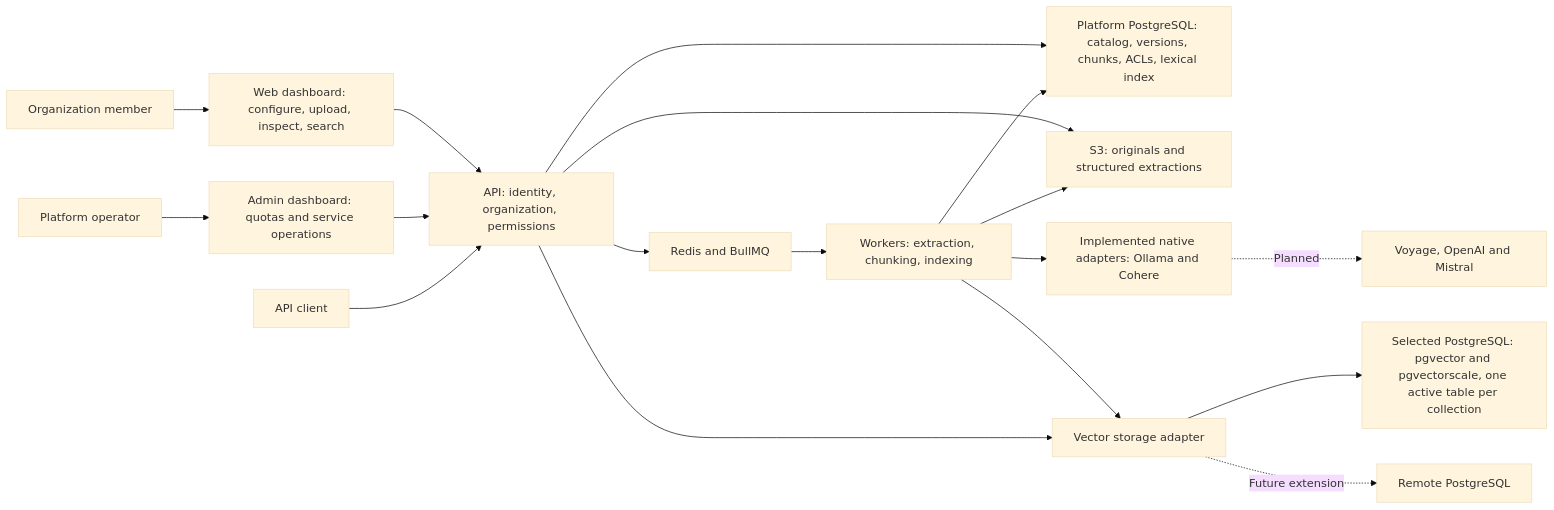
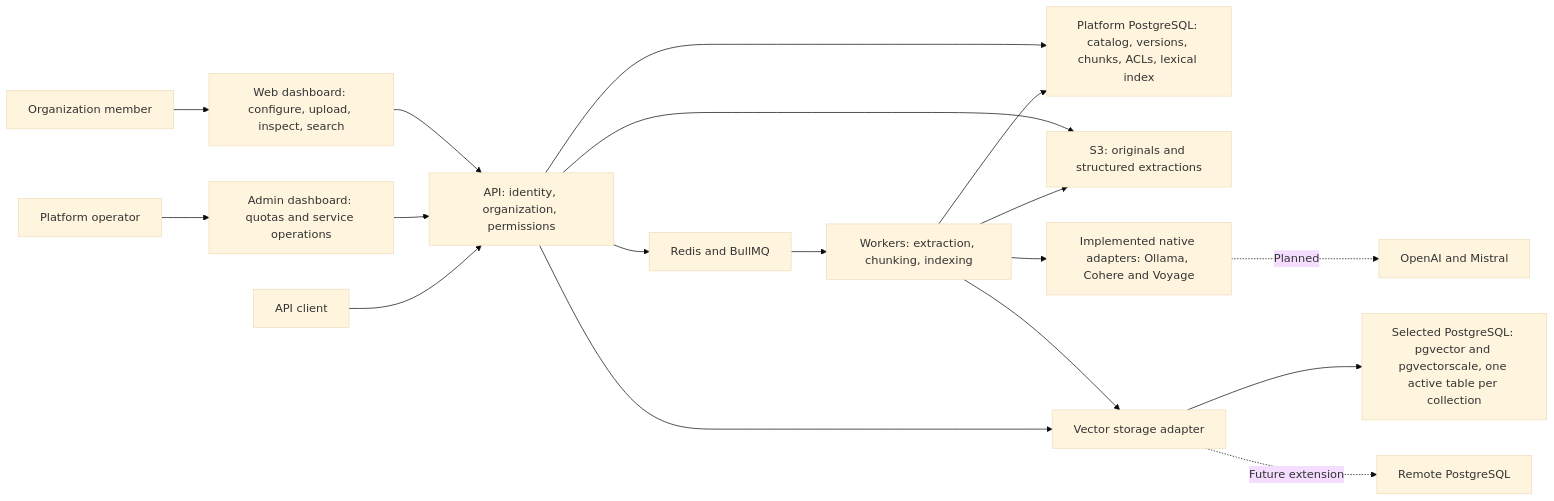
One commit to SimonLoir/vectorix changed the first of 5 diagrams in docs/rag-implementation-plan.md. Above: the diagram before and after it, drawn with Mermaid (base theme). The commit also changed other lines of this file and 35 other files, not shown here.

Commit message:
feat(rag): add native Voyage indexing and search

````diff
--- a/docs/rag-implementation-plan.md
+++ b/docs/rag-implementation-plan.md
@@ -24,20 +24,20 @@
 ```mermaid
 flowchart LR
     U["Organization member"] --> WEB["Web dashboard: configure, upload, inspect, search"]
     OP["Platform operator"] --> ADMIN["Admin dashboard: quotas and service operations"]
     WEB --> API["API: identity, organization, permissions"]
     ADMIN --> API
     CLIENT["API client"] --> API
     API --> APP["Platform PostgreSQL: catalog, versions, chunks, ACLs, lexical index"]
     API --> S3["S3: originals and structured extractions"]
     API --> QUEUE["Redis and BullMQ"]
     QUEUE --> WORKER["Workers: extraction, chunking, indexing"]
     WORKER --> APP
     WORKER --> S3
-    WORKER --> EMB["Implemented native adapters: Ollama and Cohere"]
-    EMB -. "Planned" .-> MORE["Voyage, OpenAI and Mistral"]
+    WORKER --> EMB["Implemented native adapters: Ollama, Cohere and Voyage"]
+    EMB -. "Planned" .-> MORE["OpenAI and Mistral"]
     WORKER --> VS["Vector storage adapter"]
     API --> VS
     VS --> PG["Selected PostgreSQL: pgvector and pgvectorscale, one active table per collection"]
     VS -. "Future extension" .-> REMOTE["Remote PostgreSQL"]
 ```
````
